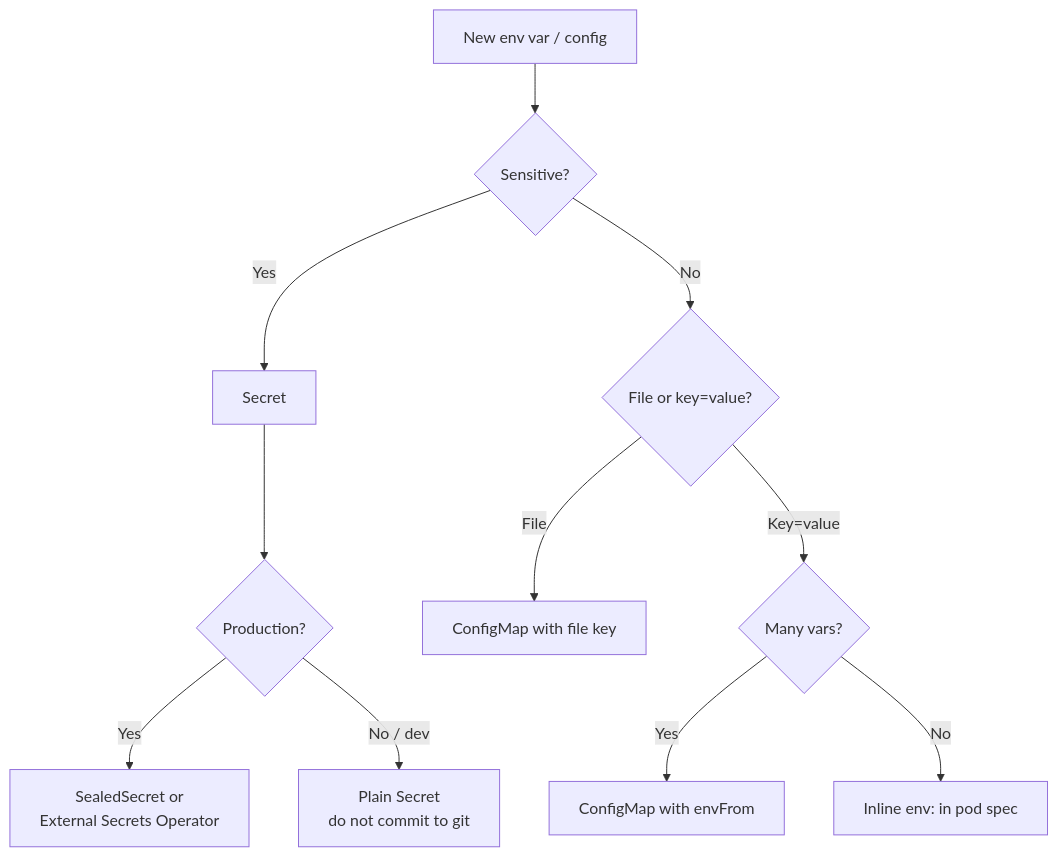
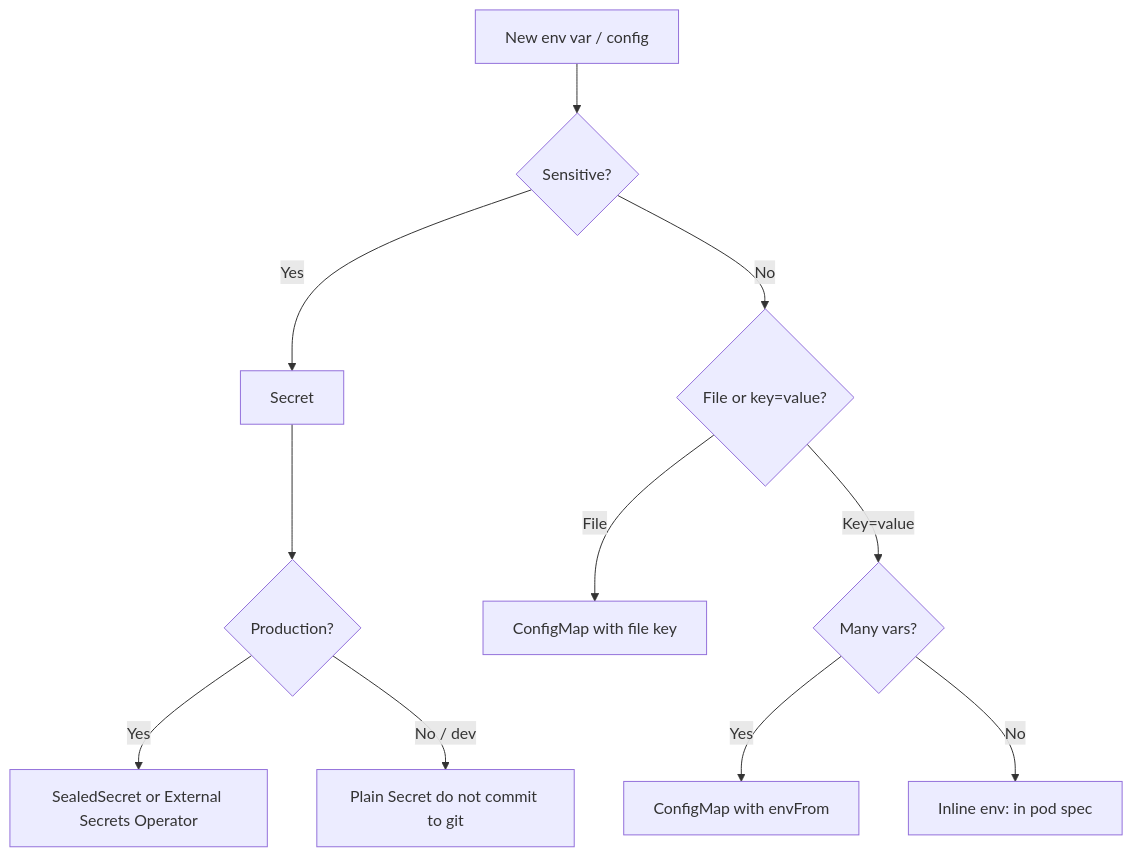
One commit to UncleJS/course_k3s changed the third of 6 diagrams in 16_podman_to_k3s/02_compose_to_k3s.md. Above: the diagram before and after it, drawn with Mermaid. The commit also changed other lines of this file and 57 other files, not shown here.

````diff
--- a/16_podman_to_k3s/02_compose_to_k3s.md
+++ b/16_podman_to_k3s/02_compose_to_k3s.md
@@ -467,13 +467,13 @@
 ```mermaid
 flowchart TD
     A[New env var / config] --> B{Sensitive?}
     B -->|Yes| C[Secret]
     B -->|No| D{File or key=value?}
     D -->|File| E[ConfigMap with file key]
     D -->|Key=value| F{Many vars?}
     F -->|Yes| G[ConfigMap with envFrom]
     F -->|No| H[Inline env: in pod spec]
     C --> I{Production?}
-    I -->|Yes| J[SealedSecret or\nExternal Secrets Operator]
-    I -->|No / dev| K[Plain Secret\ndo not commit to git]
+    I -->|Yes| J[SealedSecret or External Secrets Operator]
+    I -->|No / dev| K[Plain Secret do not commit to git]
 ```
````
